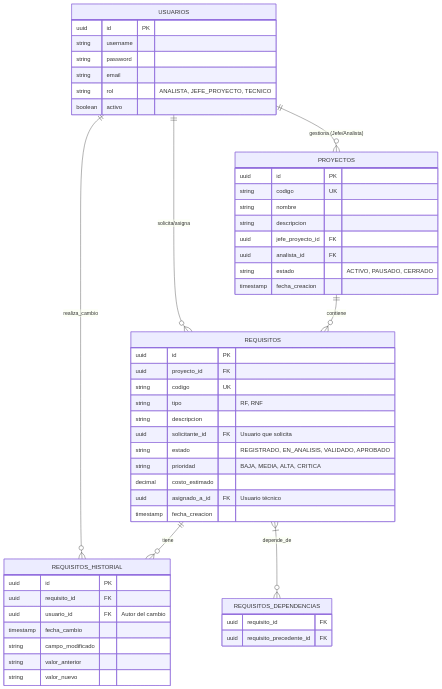
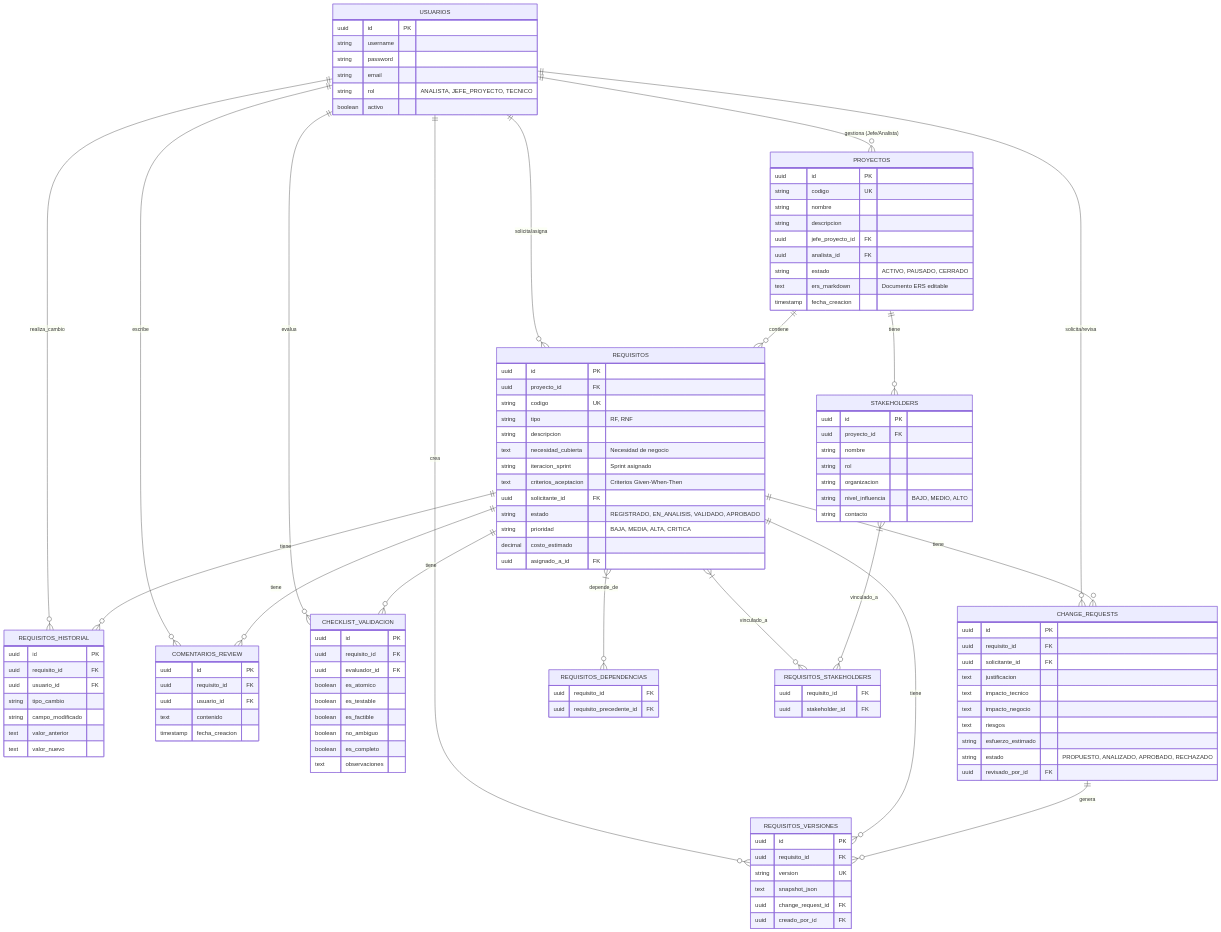
One commit to angelogp27/requirement-management-api changed the diagram in contexto/04_MODELO_DATOS.md. Above: the diagram before and after it, drawn with Mermaid. The commit also changed other lines of this file and 37 other files, not shown here.

````diff
--- a/contexto/04_MODELO_DATOS.md
+++ b/contexto/04_MODELO_DATOS.md
@@ -9,9 +9,21 @@
     USUARIOS ||--o{ PROYECTOS : "gestiona (Jefe/Analista)"
     USUARIOS ||--o{ REQUISITOS : "solicita/asigna"
     USUARIOS ||--o{ REQUISITOS_HISTORIAL : "realiza_cambio"
+    USUARIOS ||--o{ COMENTARIOS_REVIEW : "escribe"
+    USUARIOS ||--o{ CHECKLIST_VALIDACION : "evalua"
+    USUARIOS ||--o{ CHANGE_REQUESTS : "solicita/revisa"
+    USUARIOS ||--o{ REQUISITOS_VERSIONES : "crea"
     PROYECTOS ||--o{ REQUISITOS : "contiene"
+    PROYECTOS ||--o{ STAKEHOLDERS : "tiene"
     REQUISITOS ||--o{ REQUISITOS_HISTORIAL : "tiene"
     REQUISITOS }|--o{ REQUISITOS_DEPENDENCIAS : "depende_de"
+    REQUISITOS }|--o{ REQUISITOS_STAKEHOLDERS : "vinculado_a"
+    STAKEHOLDERS }|--o{ REQUISITOS_STAKEHOLDERS : "vinculado_a"
+    REQUISITOS ||--o{ COMENTARIOS_REVIEW : "tiene"
+    REQUISITOS ||--o{ CHECKLIST_VALIDACION : "tiene"
+    REQUISITOS ||--o{ CHANGE_REQUESTS : "tiene"
+    REQUISITOS ||--o{ REQUISITOS_VERSIONES : "tiene"
+    CHANGE_REQUESTS ||--o{ REQUISITOS_VERSIONES : "genera"
 
     USUARIOS {
         uuid id PK
@@ -30,7 +42,18 @@
         uuid jefe_proyecto_id FK
         uuid analista_id FK
         string estado "ACTIVO, PAUSADO, CERRADO"
+        text ers_markdown "Documento ERS editable"
         timestamp fecha_creacion
+    }
+
+    STAKEHOLDERS {
+        uuid id PK
+        uuid proyecto_id FK
+        string nombre
+        string rol
+        string organizacion
+        string nivel_influencia "BAJO, MEDIO, ALTO"
+        string contacto
     }
 
     REQUISITOS {
@@ -39,26 +62,75 @@
         string codigo UK
         string tipo "RF, RNF"
         string descripcion
-        uuid solicitante_id FK "Usuario que solicita"
+        text necesidad_cubierta "Necesidad de negocio"
+        string iteracion_sprint "Sprint asignado"
+        text criterios_aceptacion "Criterios Given-When-Then"
+        uuid solicitante_id FK
         string estado "REGISTRADO, EN_ANALISIS, VALIDADO, APROBADO"
         string prioridad "BAJA, MEDIA, ALTA, CRITICA"
         decimal costo_estimado
-        uuid asignado_a_id FK "Usuario técnico"
-        timestamp fecha_creacion
+        uuid asignado_a_id FK
+    }
+
+    REQUISITOS_STAKEHOLDERS {
+        uuid requisito_id FK
+        uuid stakeholder_id FK
     }
 
     REQUISITOS_HISTORIAL {
         uuid id PK
         uuid requisito_id FK
-        uuid usuario_id FK "Autor del cambio"
-        timestamp fecha_cambio
+        uuid usuario_id FK
+        string tipo_cambio
         string campo_modificado
-        string valor_anterior
-        string valor_nuevo
+        text valor_anterior
+        text valor_nuevo
     }
 
     REQUISITOS_DEPENDENCIAS {
         uuid requisito_id FK
         uuid requisito_precedente_id FK
     }
+
+    COMENTARIOS_REVIEW {
+        uuid id PK
+        uuid requisito_id FK
+        uuid usuario_id FK
+        text contenido
+        timestamp fecha_creacion
+    }
+
+    CHECKLIST_VALIDACION {
+        uuid id PK
+        uuid requisito_id FK
+        uuid evaluador_id FK
+        boolean es_atomico
+        boolean es_testable
+        boolean es_factible
+        boolean no_ambiguo
+        boolean es_completo
+        text observaciones
+    }
+
+    CHANGE_REQUESTS {
+        uuid id PK
+        uuid requisito_id FK
+        uuid solicitante_id FK
+        text justificacion
+        text impacto_tecnico
+        text impacto_negocio
+        text riesgos
+        string esfuerzo_estimado
+        string estado "PROPUESTO, ANALIZADO, APROBADO, RECHAZADO"
+        uuid revisado_por_id FK
+    }
+
+    REQUISITOS_VERSIONES {
+        uuid id PK
+        uuid requisito_id FK
+        string version UK
+        text snapshot_json
+        uuid change_request_id FK
+        uuid creado_por_id FK
+    }
 ```
````
